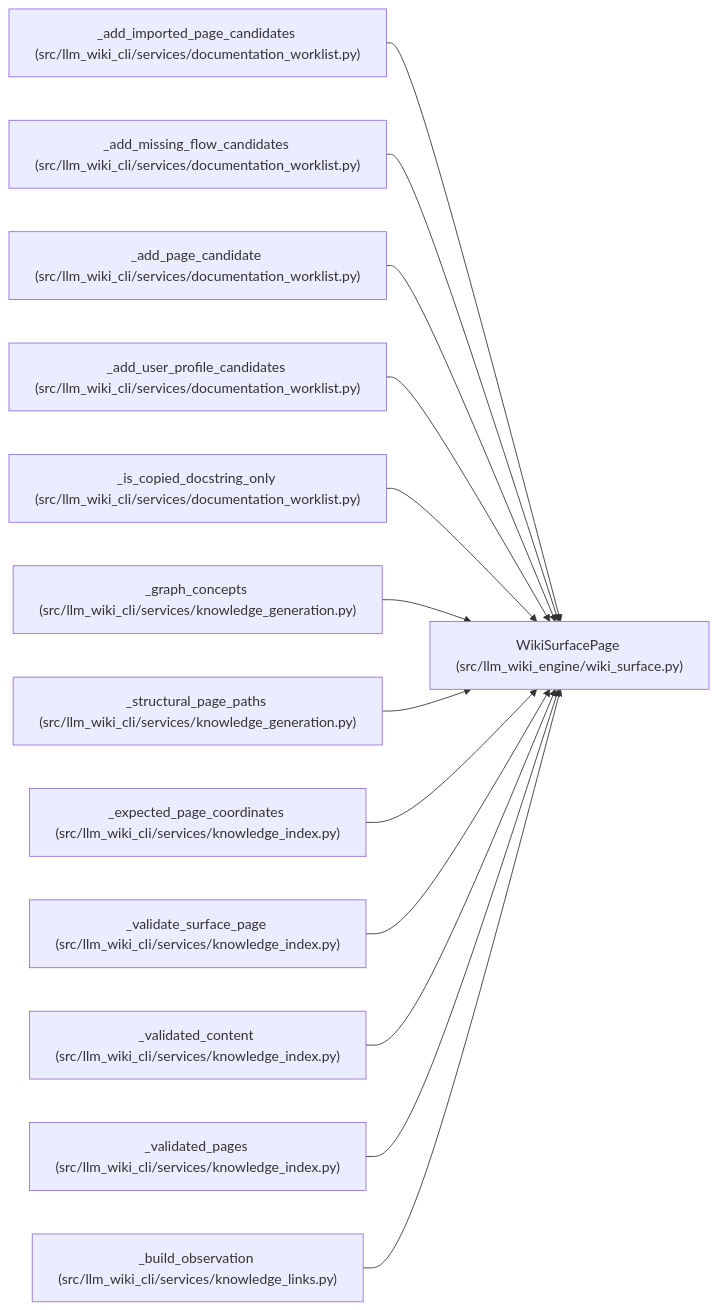
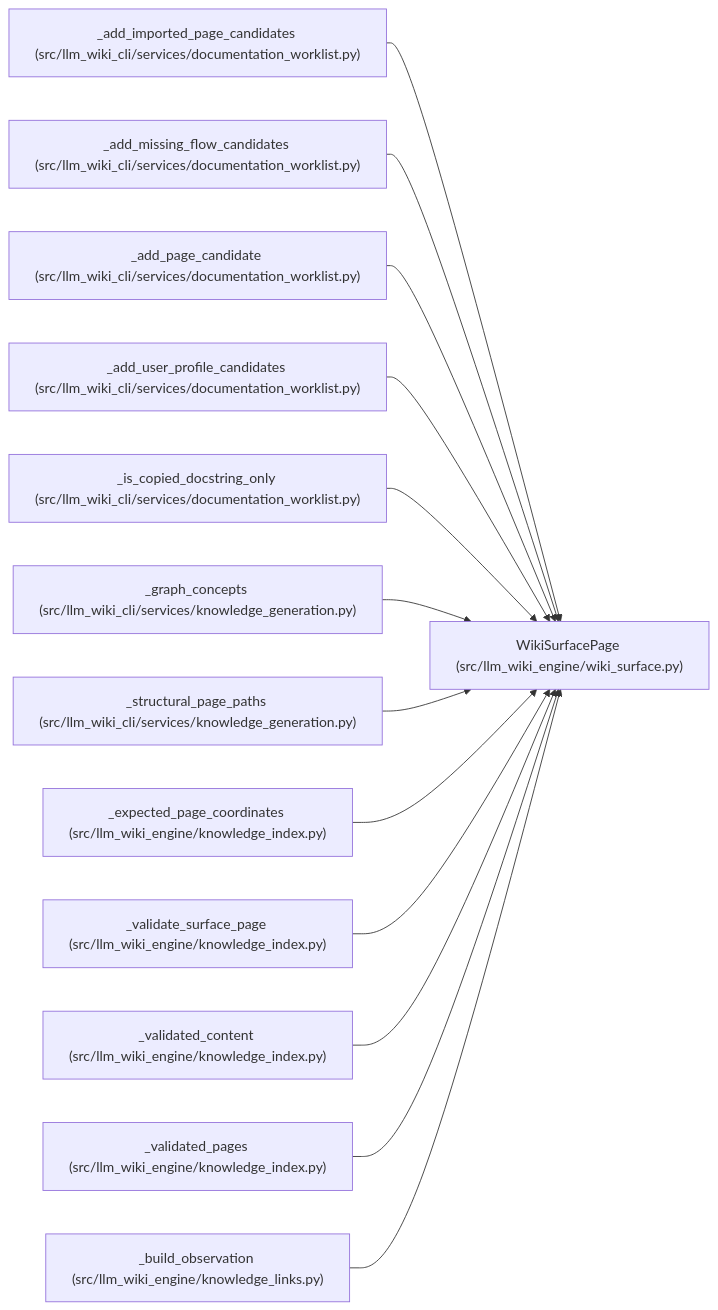
Before and after one commit to Denissvgn/python-wiki-llm: the diagram in docs/llm_wiki/entities/WikiSurfacePage.md, drawn with Mermaid. The commit also changed 1058 other files, not shown here.

First line of the commit message:
docs: refresh the wiki for the knowledge store move

````diff
--- a/docs/llm_wiki/entities/WikiSurfacePage.md
+++ b/docs/llm_wiki/entities/WikiSurfacePage.md
@@ -34,41 +34,41 @@
 ```mermaid
 flowchart LR
     n0["WikiSurfacePage (src/llm_wiki_engine/wiki_surface.py)"]
     n1["_add_imported_page_candidates (src/llm_wiki_cli/services/documentation_worklist.py)"]
     n2["_add_missing_flow_candidates (src/llm_wiki_cli/services/documentation_worklist.py)"]
     n3["_add_page_candidate (src/llm_wiki_cli/services/documentation_worklist.py)"]
     n4["_add_user_profile_candidates (src/llm_wiki_cli/services/documentation_worklist.py)"]
     n5["_is_copied_docstring_only (src/llm_wiki_cli/services/documentation_worklist.py)"]
     n6["_graph_concepts (src/llm_wiki_cli/services/knowledge_generation.py)"]
     n7["_structural_page_paths (src/llm_wiki_cli/services/knowledge_generation.py)"]
-    n8["_expected_page_coordinates (src/llm_wiki_cli/services/knowledge_index.py)"]
-    n9["_validate_surface_page (src/llm_wiki_cli/services/knowledge_index.py)"]
-    n10["_validated_content (src/llm_wiki_cli/services/knowledge_index.py)"]
-    n11["_validated_pages (src/llm_wiki_cli/services/knowledge_index.py)"]
-    n12["_build_observation (src/llm_wiki_cli/services/knowledge_links.py)"]
+    n8["_expected_page_coordinates (src/llm_wiki_engine/knowledge_index.py)"]
+    n9["_validate_surface_page (src/llm_wiki_engine/knowledge_index.py)"]
+    n10["_validated_content (src/llm_wiki_engine/knowledge_index.py)"]
+    n11["_validated_pages (src/llm_wiki_engine/knowledge_index.py)"]
+    n12["_build_observation (src/llm_wiki_engine/knowledge_links.py)"]
     n1 --> n0
     n2 --> n0
     n3 --> n0
     n4 --> n0
     n5 --> n0
     n6 --> n0
     n7 --> n0
     n8 --> n0
     n9 --> n0
     n10 --> n0
     n11 --> n0
     n12 --> n0
     click n0 "../modules/wiki_surface.md"
     click n1 "../modules/documentation_worklist.md"
     click n2 "../modules/documentation_worklist.md"
     click n3 "../modules/documentation_worklist.md"
     click n4 "../modules/documentation_worklist.md"
     click n5 "../modules/documentation_worklist.md"
     click n6 "../modules/knowledge_generation.md"
     click n7 "../modules/knowledge_generation.md"
     click n8 "../modules/knowledge_index.md"
     click n9 "../modules/knowledge_index.md"
     click n10 "../modules/knowledge_index.md"
     click n11 "../modules/knowledge_index.md"
     click n12 "../modules/knowledge_links.md"
 ```
````
